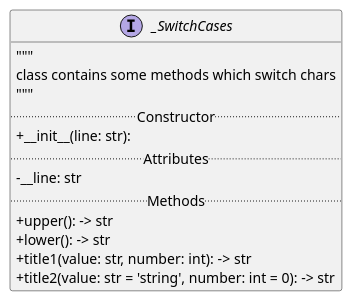
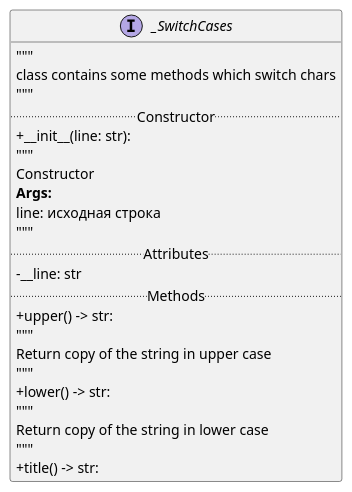
Before and after one commit to future-username/Learn_Python: the diagram in mvp_02_uml_to_py/uml_class_for_test.puml, drawn with PlantUML. The commit also changed 2 other files, not shown here.

```diff
--- a/mvp_02_uml_to_py/uml_class_for_test.puml
+++ b/mvp_02_uml_to_py/uml_class_for_test.puml
@@ -1,18 +1,27 @@
 @startuml
 skinparam classAttributeIconSize 0
-
 interface _SwitchCases {
     """
     class contains some methods which switch chars
     """
     .. Constructor ..
     +__init__(line: str):
+    """
+    Constructor
+    **Args:**
+        line: исходная строка
+    """
     .. Attributes ..
     -__line: str
     .. Methods ..
-    +upper(): -> str
-    +lower(): -> str
-    +title1(value: str, number: int): -> str
-    +title2(value: str = 'string', number: int = 0): -> str
+    +upper() -> str:
+    """
+    Return copy of the string in upper case
+    """
+    +lower() -> str:
+    """
+    Return copy of the string in lower case
+    """
+    +title() -> str:
 }
 @enduml
```
